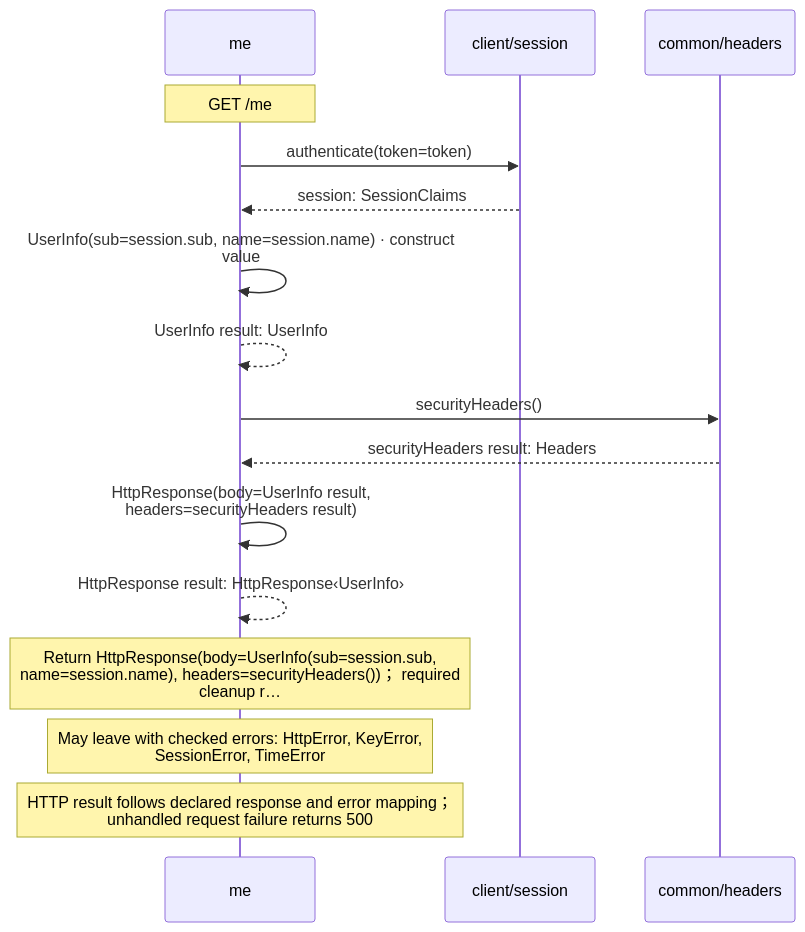
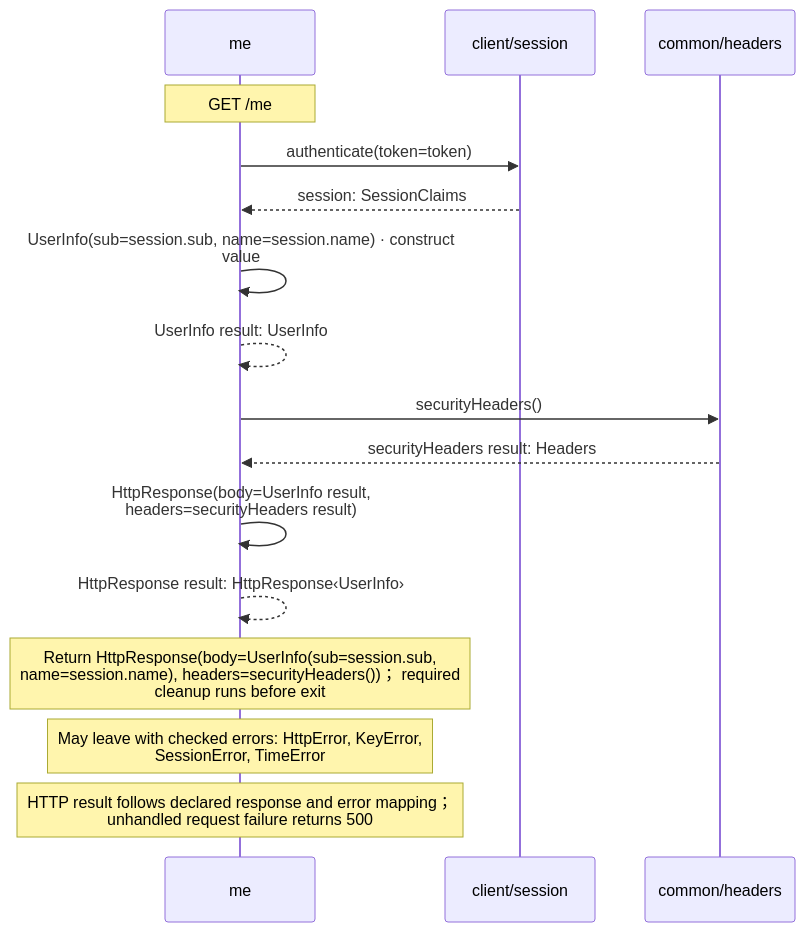
One commit to GreenPandaStudios/augscript changed the fifth of 5 diagrams in docs/examples/oidc-login/client/endpoints-diagrams.md. Above: the diagram before and after it, drawn with Mermaid. The commit also changed other lines of this file and 658 other files, not shown here.

````diff
--- a/docs/examples/oidc-login/client/endpoints-diagrams.md
+++ b/docs/examples/oidc-login/client/endpoints-diagrams.md
@@ -118,18 +140,18 @@
 ```mermaid
 sequenceDiagram
     participant p0 as me
     participant p1 as client/session
     participant p2 as common/headers
     Note over p0: GET /me
     p0->>p1: authenticate(token=token)
     p1-->>p0: session: SessionClaims
     p0->>p0: UserInfo(sub=session.sub, name=session.name) · construct<br/>value
     p0-->>p0: UserInfo result: UserInfo
     p0->>p2: securityHeaders()
     p2-->>p0: securityHeaders result: Headers
     p0->>p0: HttpResponse(body=UserInfo result,<br/>headers=securityHeaders result)
     p0-->>p0: HttpResponse result: HttpResponse‹UserInfo›
-    Note over p0: Return HttpResponse(body=UserInfo(sub=session.sub,<br/>name=session.name), headers=securityHeaders())； required<br/>cleanup r…
+    Note over p0: Return HttpResponse(body=UserInfo(sub=session.sub,<br/>name=session.name), headers=securityHeaders())； required<br/>cleanup runs before exit
     Note over p0: May leave with checked errors: HttpError, KeyError,<br/>SessionError, TimeError
     Note over p0: HTTP result follows declared response and error mapping；<br/>unhandled request failure returns 500
 ```
````
